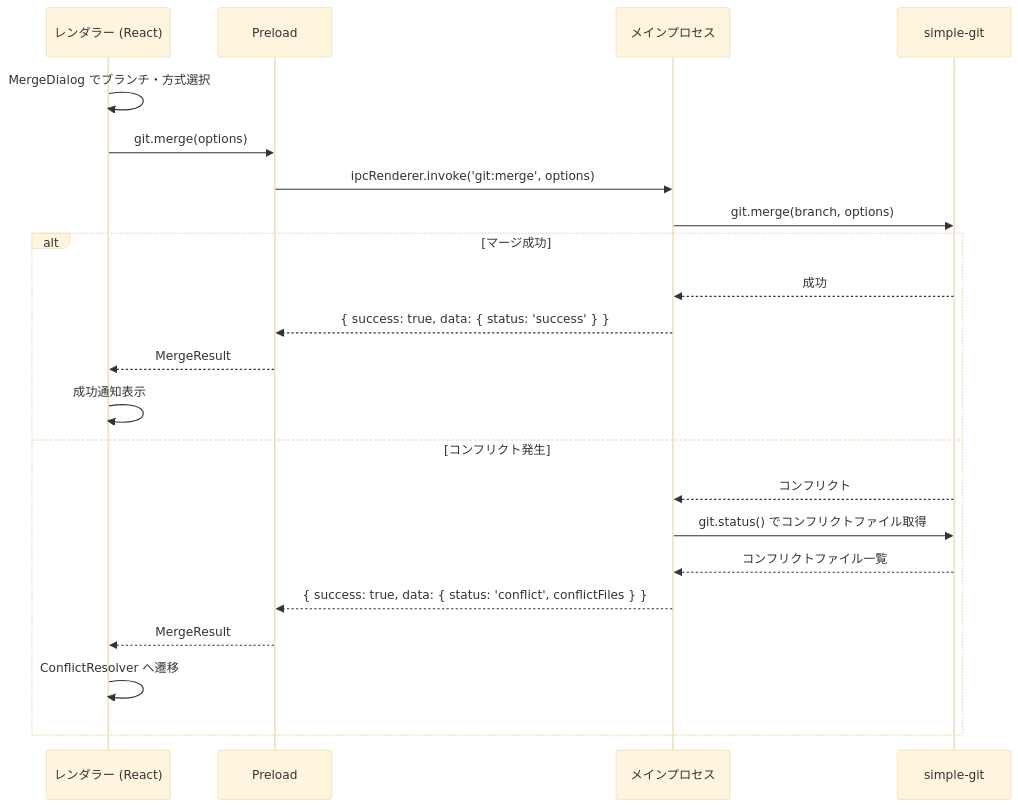
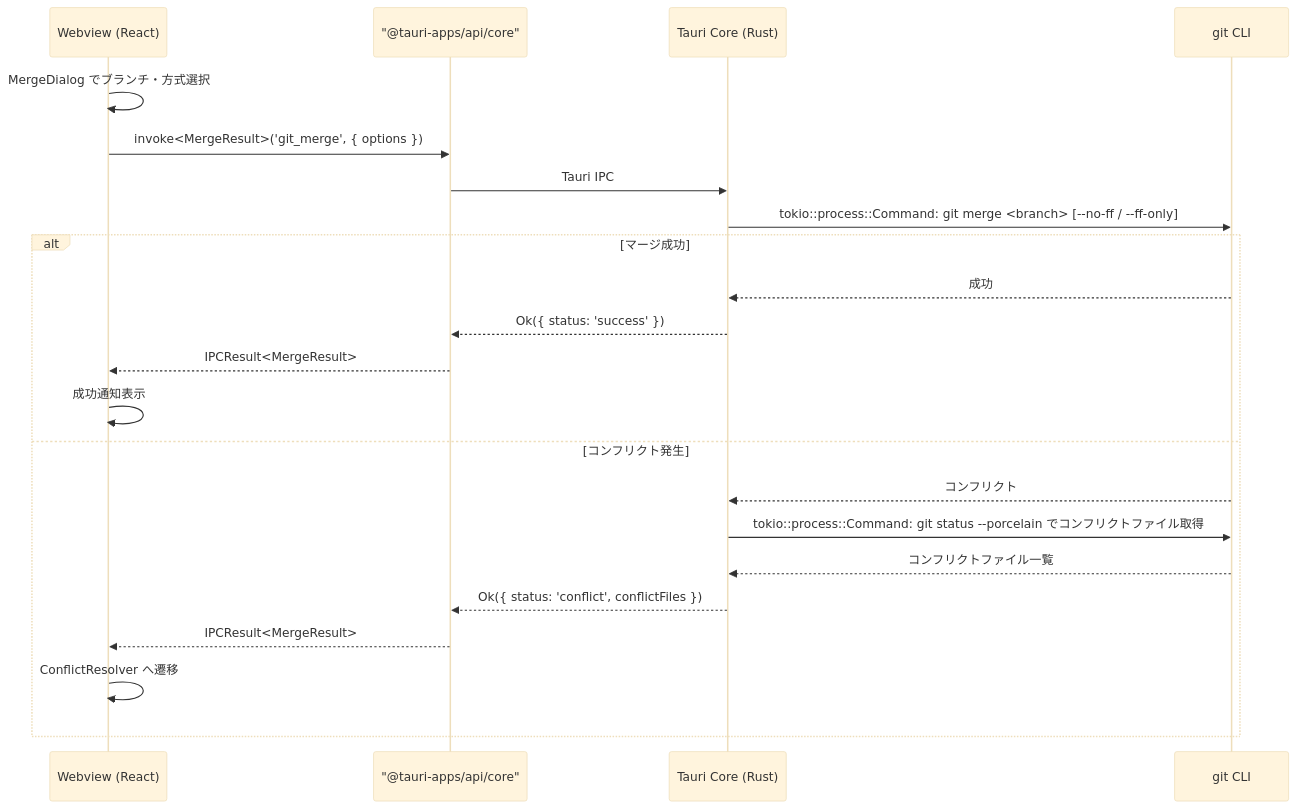
One commit to ToshikiImagawa/Buruma changed the first of 3 diagrams in .sdd/specification/advanced-git-operations_spec.md. Above: the diagram before and after it, drawn with Mermaid (base theme). The commit also changed other lines of this file and 7 other files, not shown here.

````diff
--- a/.sdd/specification/advanced-git-operations_spec.md
+++ b/.sdd/specification/advanced-git-operations_spec.md
@@ -478,26 +481,26 @@
 ```mermaid
 sequenceDiagram
-    participant Renderer as レンダラー (React)
-    participant Preload as Preload
-    participant Main as メインプロセス
-    participant Git as simple-git
+    participant Webview as Webview (React)
+    participant Invoke as "@tauri-apps/api/core"
+    participant Core as Tauri Core (Rust)
+    participant Git as git CLI
 
-    Renderer ->> Renderer: MergeDialog でブランチ・方式選択
-    Renderer ->> Preload: git.merge(options)
-    Preload ->> Main: ipcRenderer.invoke('git:merge', options)
-    Main ->> Git: git.merge(branch, options)
+    Webview ->> Webview: MergeDialog でブランチ・方式選択
+    Webview ->> Invoke: invoke<MergeResult>('git_merge', { options })
+    Invoke ->> Core: Tauri IPC
+    Core ->> Git: tokio::process::Command: git merge <branch> [--no-ff / --ff-only]
 
     alt マージ成功
-        Git -->> Main: 成功
-        Main -->> Preload: { success: true, data: { status: 'success' } }
-        Preload -->> Renderer: MergeResult
-        Renderer ->> Renderer: 成功通知表示
+        Git -->> Core: 成功
+        Core -->> Invoke: Ok({ status: 'success' })
+        Invoke -->> Webview: IPCResult<MergeResult>
+        Webview ->> Webview: 成功通知表示
     else コンフリクト発生
-        Git -->> Main: コンフリクト
-        Main ->> Git: git.status() でコンフリクトファイル取得
-        Git -->> Main: コンフリクトファイル一覧
-        Main -->> Preload: { success: true, data: { status: 'conflict', conflictFiles } }
-        Preload -->> Renderer: MergeResult
-        Renderer ->> Renderer: ConflictResolver へ遷移
+        Git -->> Core: コンフリクト
+        Core ->> Git: tokio::process::Command: git status --porcelain でコンフリクトファイル取得
+        Git -->> Core: コンフリクトファイル一覧
+        Core -->> Invoke: Ok({ status: 'conflict', conflictFiles })
+        Invoke -->> Webview: IPCResult<MergeResult>
+        Webview ->> Webview: ConflictResolver へ遷移
     end
 ```
````
